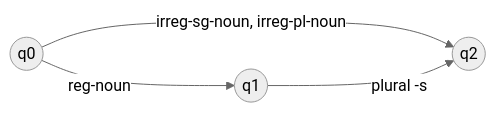
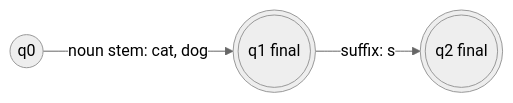
One commit to TrendySloth1001/sem-seven-notes changed the first of 3 diagrams in content/natural-language-processing/pyq/2023-12-ce/q2a.hi.mdx. Above: the diagram before and after it, drawn with Mermaid (neutral theme). The commit also changed other lines of this file and 406 other files, not shown here.

````diff
--- a/content/natural-language-processing/pyq/2023-12-ce/q2a.hi.mdx
+++ b/content/natural-language-processing/pyq/2023-12-ce/q2a.hi.mdx
@@ -9,7 +11,6 @@
 ```mermaid
-%% caption: Noun FSA. Regular noun q1 pe ruk sakta hai (singular) ya -s jodke q2 (plural) pahunchta hai; irregular nouns seedhe q2 jaate hain.
+%% caption: Nouns ka FSA. Noun stem ek word hai; plural suffix s jodne par bhi word banta hai (cat, cats).
 flowchart LR
-  S(("q0")) -- "reg-noun" --> A(("q1"))
-  S -- "irreg-sg-noun, irreg-pl-noun" --> B(("q2"))
-  A -- "plural -s" --> B
+  A(("q0")) -- "noun stem: cat, dog" --> B((("q1 final")))
+  B -- "suffix: s" --> C((("q2 final")))
 ```
````
